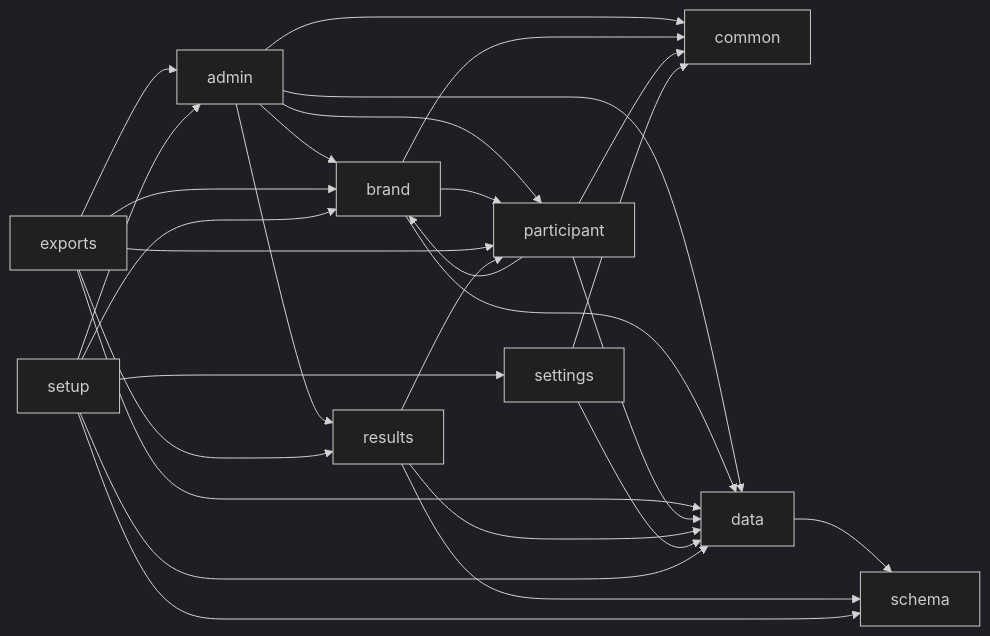
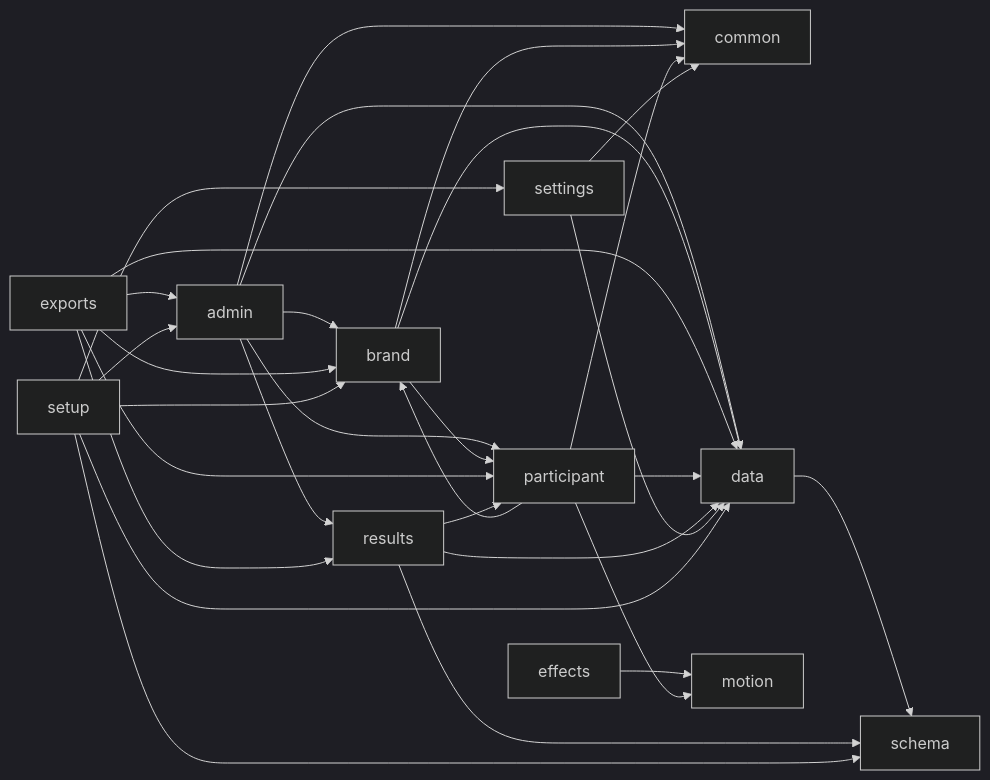
Before and after one commit to satyagames/pursuit-managed-services: the diagram in docs/MODULES.md, drawn with Mermaid (dark theme). The commit also changed other lines of this file and 44 other files, not shown here.

````diff
--- a/docs/MODULES.md
+++ b/docs/MODULES.md
@@ -14,30 +14,32 @@
 ```mermaid
 flowchart LR
   admin --> brand
   admin --> common
   admin --> data
   admin --> participant
   admin --> results
   brand --> common
   brand --> data
   brand --> participant
   data --> schema
+  effects --> motion
   exports --> admin
   exports --> brand
   exports --> data
   exports --> participant
   exports --> results
   participant --> brand
   participant --> common
   participant --> data
+  participant --> motion
   results --> data
   results --> participant
   results --> schema
   settings --> common
   settings --> data
   setup --> admin
   setup --> brand
   setup --> data
   setup --> schema
   setup --> settings
 ```
````
